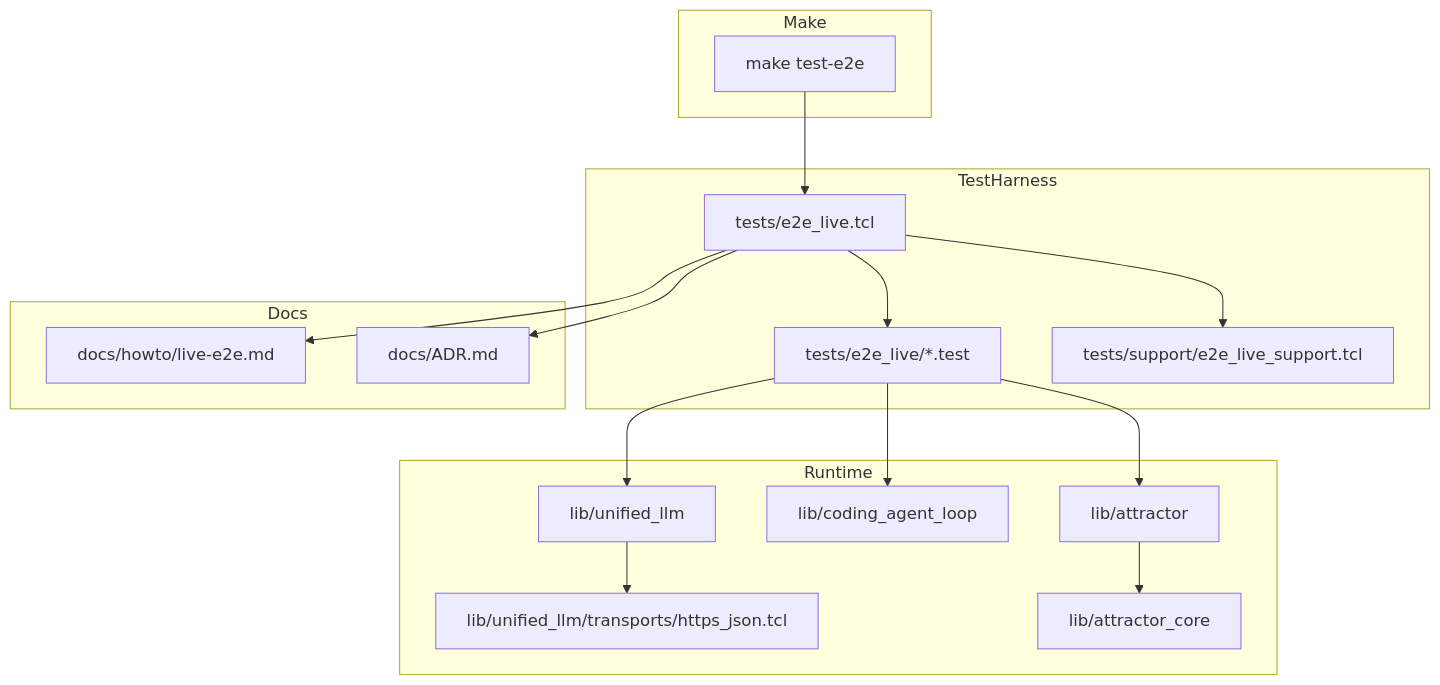
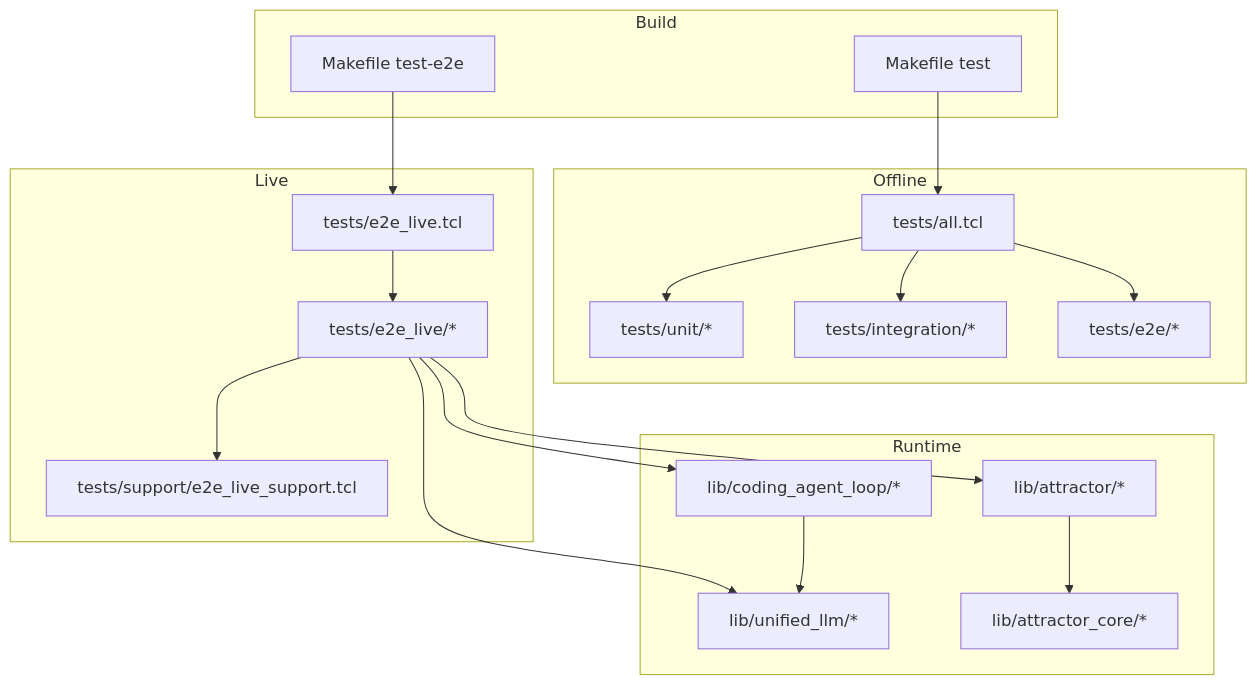
One commit to jaytaylor/attractor-tcl changed the fifth of 5 diagrams in docs/sprints/SPRINT-004-comprehensive-implementation-plan.md. Above: the diagram before and after it, drawn with Mermaid. The commit also changed other lines of this file, not shown here.

````diff
--- a/docs/sprints/SPRINT-004-comprehensive-implementation-plan.md
+++ b/docs/sprints/SPRINT-004-comprehensive-implementation-plan.md
@@ -1202,36 +538,41 @@
 ```mermaid
 flowchart TB
-  subgraph Make
-    M1[make test-e2e]
+  subgraph Build
+    M1[Makefile test]
+    M2[Makefile test-e2e]
   end
 
-  subgraph TestHarness
-    H1[tests/e2e_live.tcl]
-    H2[tests/e2e_live/*.test]
-    H3[tests/support/e2e_live_support.tcl]
+  subgraph Offline
+    TALL[tests/all.tcl]
+    TUNIT[tests/unit/*]
+    TINT[tests/integration/*]
+    TE2E[tests/e2e/*]
+  end
+
+  subgraph Live
+    TLIVE[tests/e2e_live.tcl]
+    TSUPPORT[tests/support/e2e_live_support.tcl]
+    TLIVETESTS[tests/e2e_live/*]
   end
 
   subgraph Runtime
-    R1[lib/unified_llm]
-    R2[lib/unified_llm/transports/https_json.tcl]
-    R3[lib/coding_agent_loop]
-    R4[lib/attractor]
-    R5[lib/attractor_core]
+    ULLM[lib/unified_llm/*]
+    CAL[lib/coding_agent_loop/*]
+    ATR[lib/attractor/*]
+    CORE[lib/attractor_core/*]
   end
 
-  subgraph Docs
-    D1[docs/howto/live-e2e.md]
-    D2[docs/ADR.md]
-  end
+  M1 --> TALL
+  TALL --> TUNIT
+  TALL --> TINT
+  TALL --> TE2E
 
-  M1 --> H1
-  H1 --> H2
-  H1 --> H3
-  H2 --> R1
-  R1 --> R2
-  H2 --> R3
-  H2 --> R4
-  R4 --> R5
-  H1 --> D1
-  H1 --> D2
+  M2 --> TLIVE
+  TLIVE --> TLIVETESTS
+  TLIVETESTS --> TSUPPORT
+  TLIVETESTS --> ULLM
+  TLIVETESTS --> CAL
+  TLIVETESTS --> ATR
+  ATR --> CORE
+  CAL --> ULLM
 ```
````
